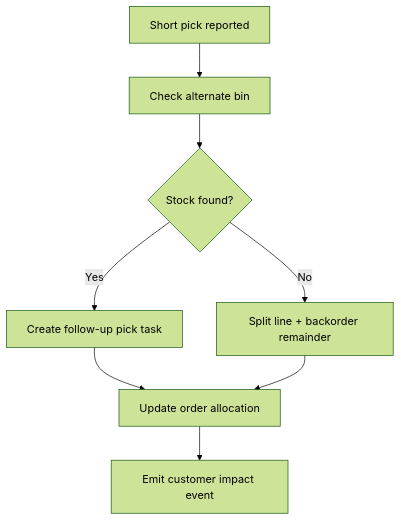
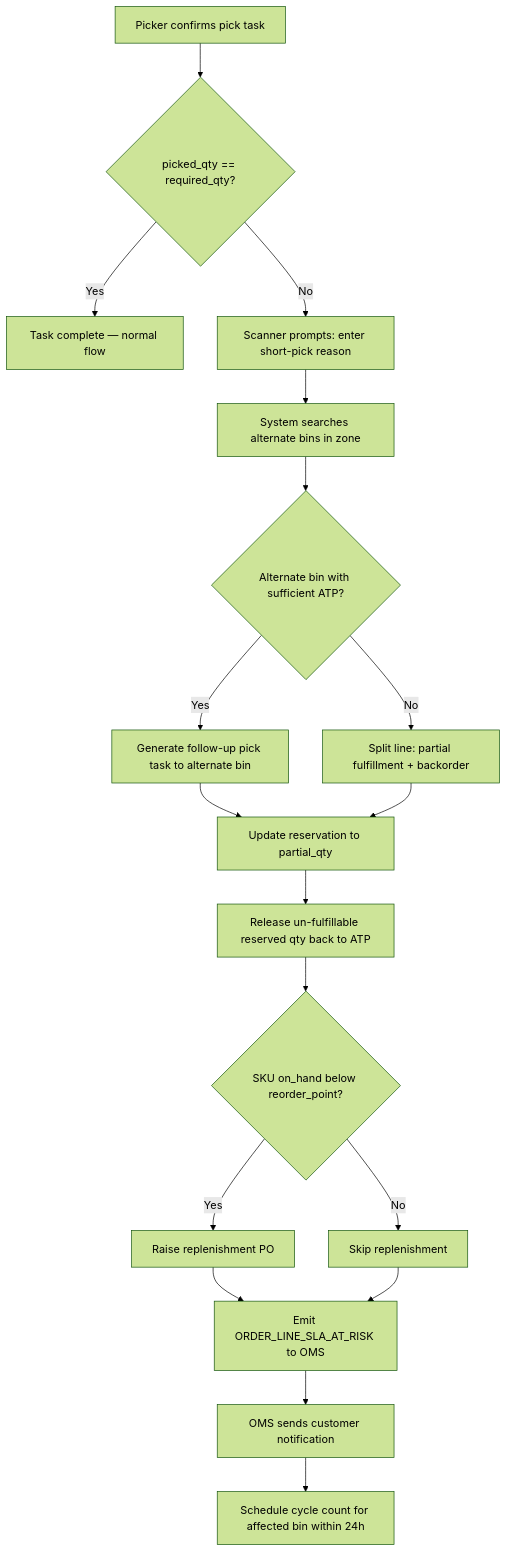
Before and after one commit to 0Ankit0/Project-Ideas: the diagram in Warehouse Management System/edge-cases/partial-picks-backorders.md, drawn with Mermaid (forest theme). The commit also changed other lines of this file and 30 other files, not shown here.

````diff
--- a/Warehouse Management System/edge-cases/partial-picks-backorders.md
+++ b/Warehouse Management System/edge-cases/partial-picks-backorders.md
@@ -12,10 +66,20 @@
 ```mermaid
 flowchart TD
-    A[Short pick reported] --> B[Check alternate bin]
-    B --> C{Stock found?}
-    C -- Yes --> D[Create follow-up pick task]
-    C -- No --> E[Split line + backorder remainder]
-    D --> F[Update order allocation]
-    E --> F
-    F --> G[Emit customer impact event]
+    A[Picker confirms pick task] --> B{picked_qty == required_qty?}
+    B -- Yes --> C[Task complete — normal flow]
+    B -- No --> D[Scanner prompts: enter short-pick reason]
+    D --> E[System searches alternate bins in zone]
+    E --> F{Alternate bin with sufficient ATP?}
+    F -- Yes --> G[Generate follow-up pick task to alternate bin]
+    F -- No --> H[Split line: partial fulfillment + backorder]
+    G --> I[Update reservation to partial_qty]
+    H --> I
+    I --> J[Release un-fulfillable reserved qty back to ATP]
+    J --> K{SKU on_hand below reorder_point?}
+    K -- Yes --> L[Raise replenishment PO]
+    K -- No --> M[Skip replenishment]
+    L --> N[Emit ORDER_LINE_SLA_AT_RISK to OMS]
+    M --> N
+    N --> O[OMS sends customer notification]
+    O --> P[Schedule cycle count for affected bin within 24h]
 ```
````
